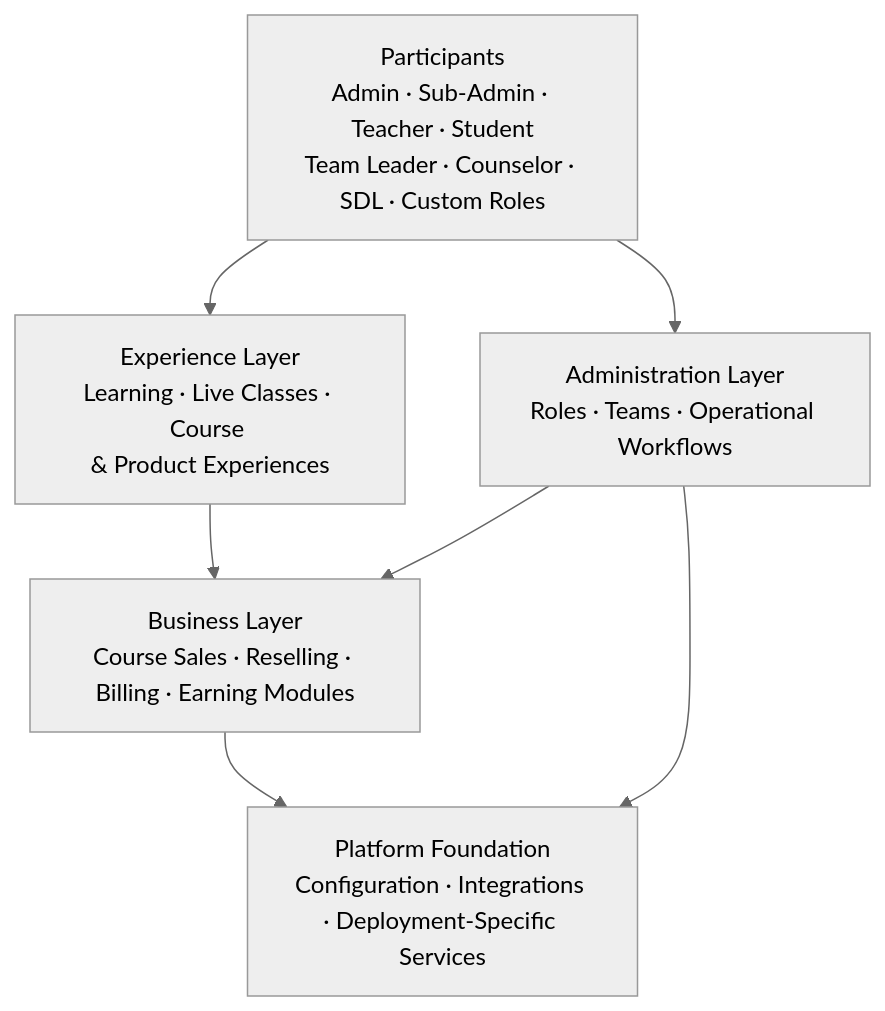
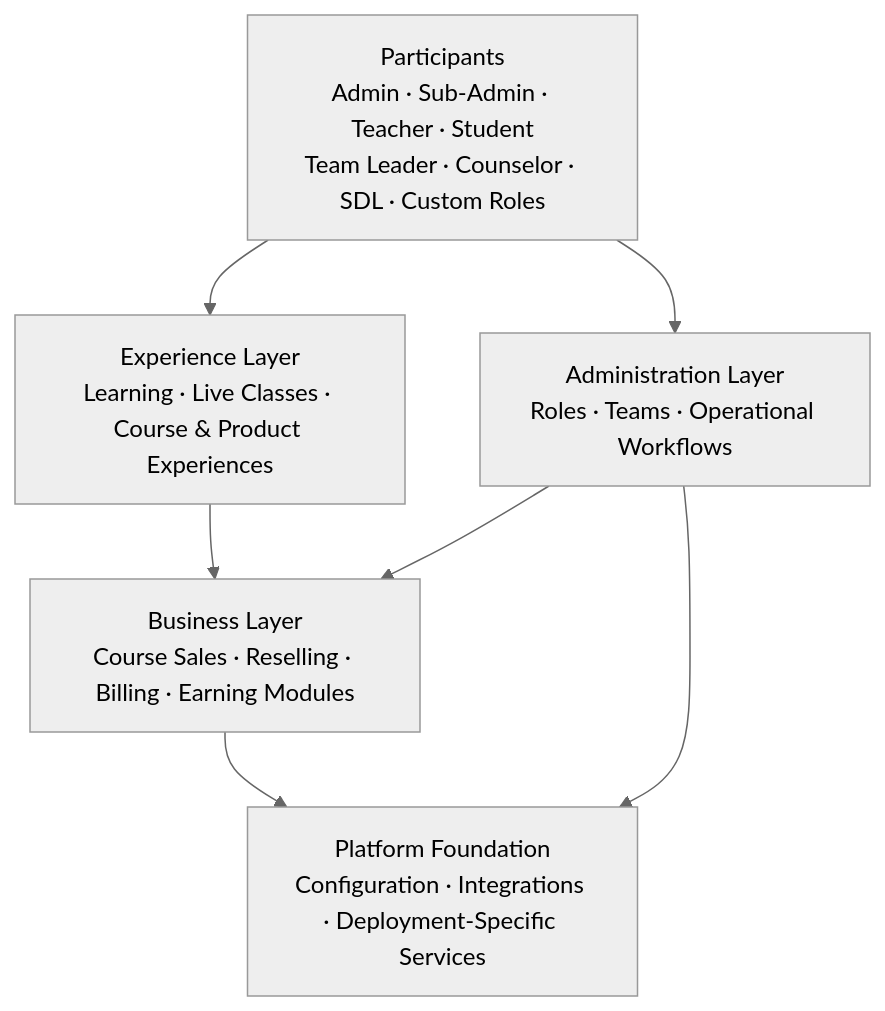
The diagram in profile/README.md (LMSCompleteSolution/.github), drawn with Mermaid (neutral theme) before and after one commit. The commit also changed other lines of this file, not shown here.

````diff
--- a/profile/README.md
+++ b/profile/README.md
@@ -628,16 +256,15 @@
-``` mermaid
+```mermaid
 flowchart TB
     A["Participants<br/>Admin · Sub-Admin · Teacher · Student<br/>Team Leader · Counselor · SDL · Custom Roles"]
-    B["Experience Layer<br/>Learning · Live Classes · Course 
-& Product Experiences"]
+    B["Experience Layer<br/>Learning · Live Classes · Course & Product Experiences"]
     C["Business Layer<br/>Course Sales · Reselling · Billing · Earning Modules"]
     D["Administration Layer<br/>Roles · Teams · Operational Workflows"]
     E["Platform Foundation<br/>Configuration · Integrations · Deployment-Specific Services"]
 
     A --> B
     B --> C
     A --> D
     D --> C
     C --> E
     D --> E
 ```
````
